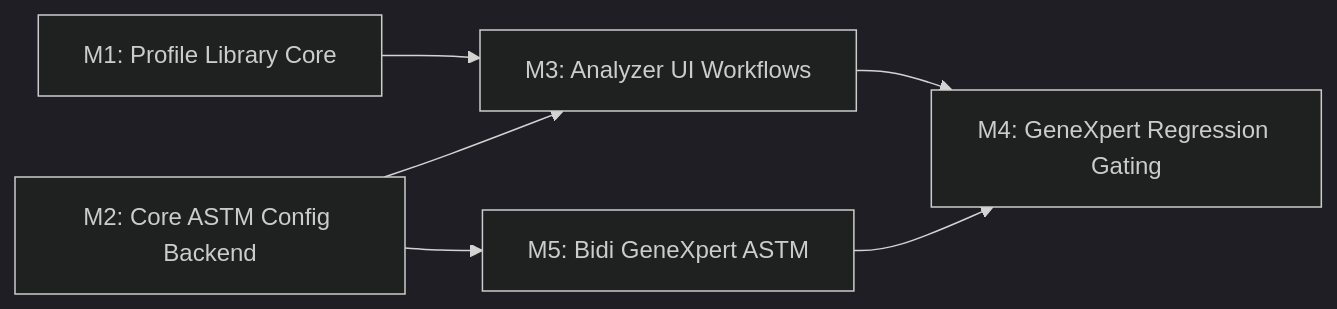
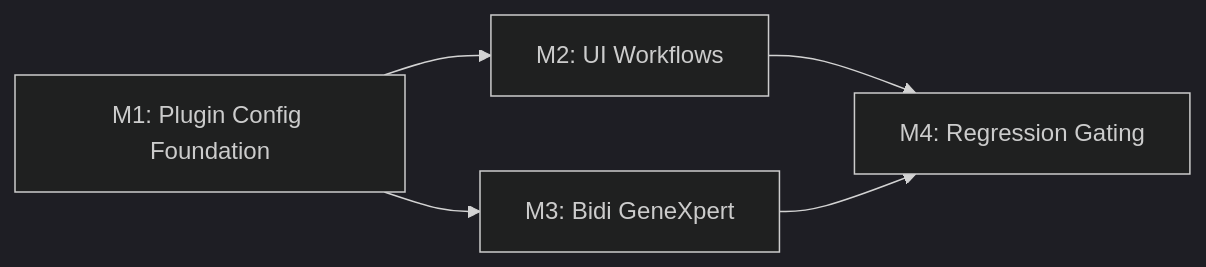
The diagram in specs/012-generic-astm-plugin-profiles/tasks.md (DIGI-UW/OpenELIS-Global-2), drawn with Mermaid (dark theme) before and after one commit. The commit also changed other lines of this file and 3 other files, not shown here.

First line of the commit message:
docs(012): simplify specs for JSONB plugin-config architecture

````diff
--- a/specs/012-generic-astm-plugin-profiles/tasks.md
+++ b/specs/012-generic-astm-plugin-profiles/tasks.md
@@ -949,8 +141,7 @@
 ```mermaid
 graph LR
-    M1[M1: Profile Library Core] --> M3[M3: Analyzer UI Workflows]
-    M2[M2: Core ASTM Config Backend] --> M3
-    M2 --> M5[M5: Bidi GeneXpert ASTM]
-    M3 --> M4[M4: GeneXpert Regression Gating]
-    M5 --> M4
+    M1["M1: Plugin Config Foundation"] --> M2["M2: UI Workflows"]
+    M1 --> M3["M3: Bidi GeneXpert"]
+    M2 --> M4["M4: Regression Gating"]
+    M3 --> M4
 ```
````
